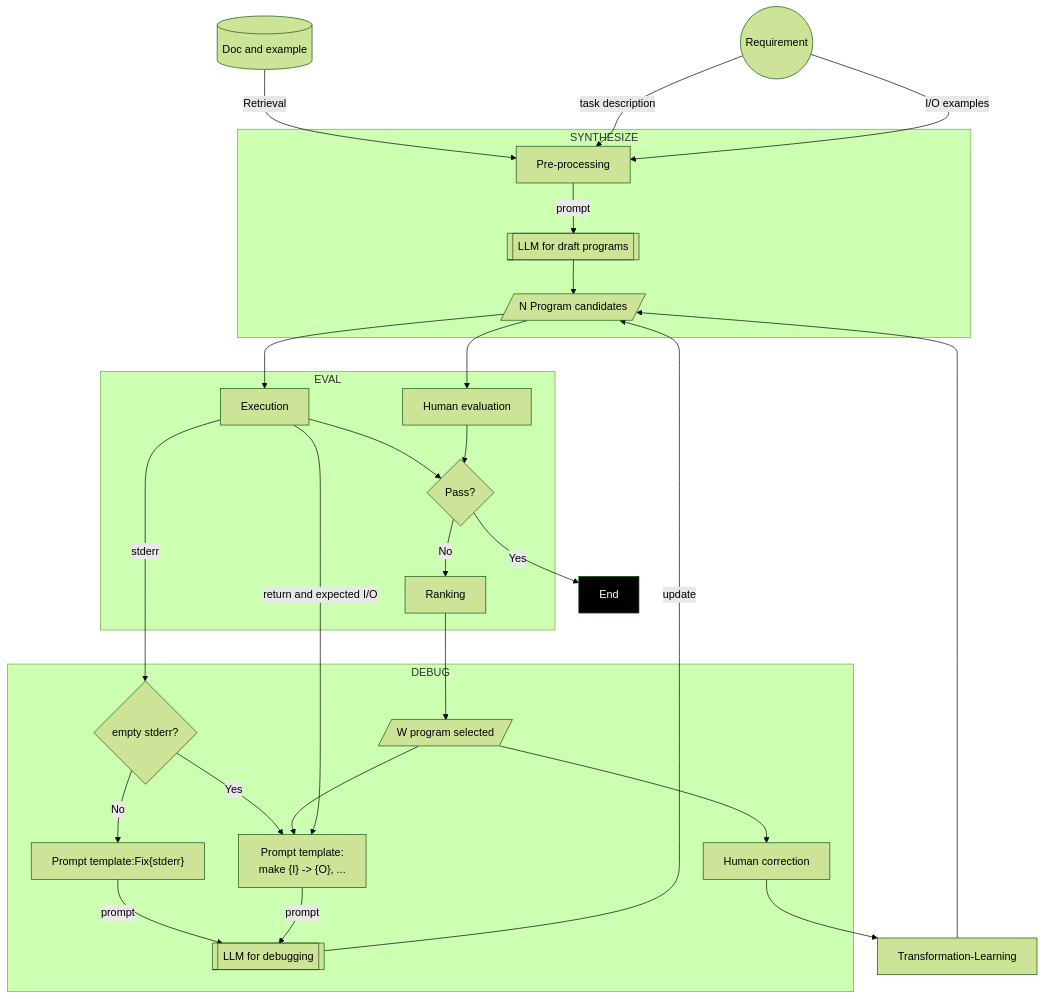
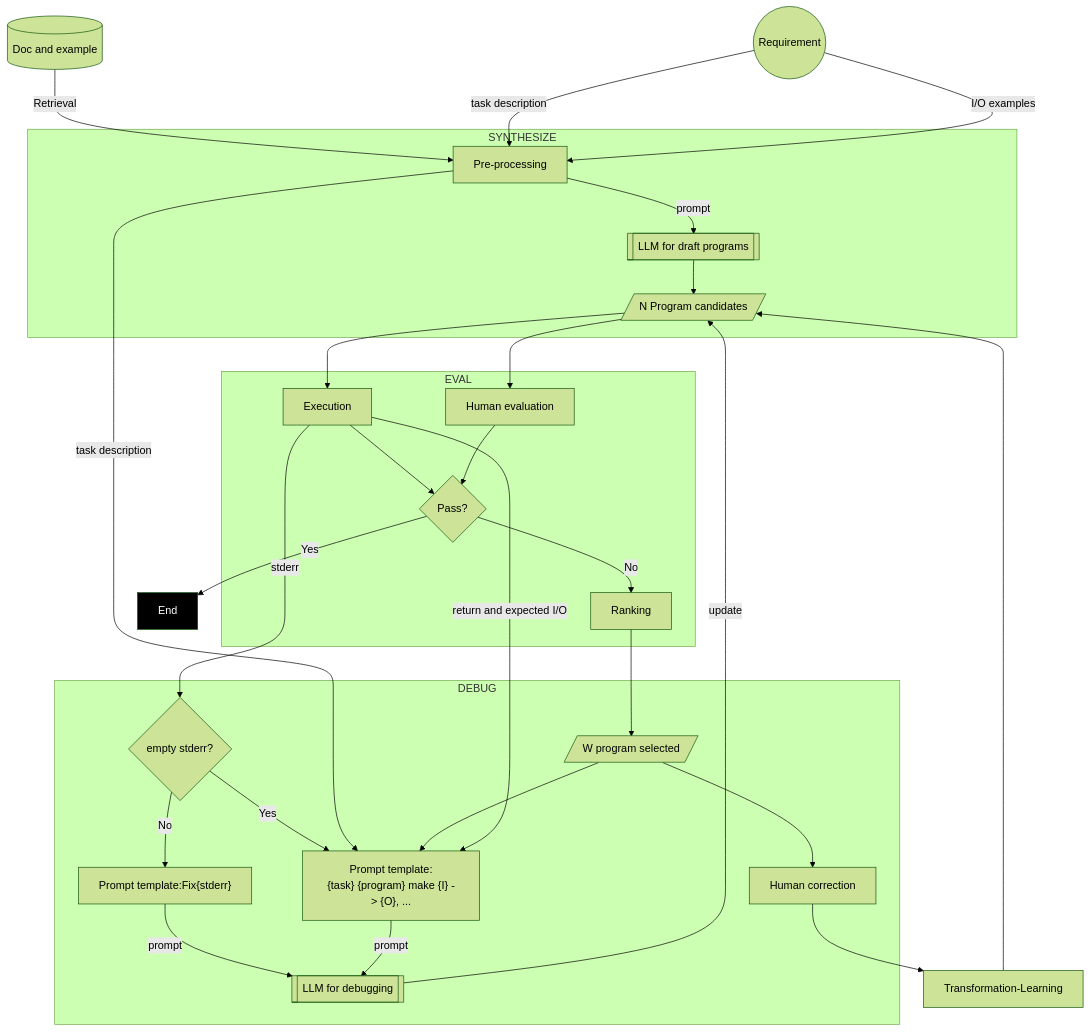
The second of 2 diagrams in Code-Generation.md (AI-LLM/ai-llm.github.io), drawn with Mermaid (forest theme) before and after one commit.

````diff
--- a/Code-Generation.md
+++ b/Code-Generation.md
@@ -59,33 +59,34 @@
 ```mermaid
 graph TD;
 classDef INV fill:black,color:white;
 doc[(Doc and example)] -- Retrieval --> Pre-processing
 S((Requirement)) -- task description --> Pre-processing
 S -- I/O examples --> Pre-processing
 subgraph SYNTHESIZE
 Pre-processing -- prompt --> LLMsynth[[LLM for draft programs]]
 LLMsynth --> PN[/N Program candidates/]
 end
 PN --> Execution
 PN --> Evaluation[Human evaluation]
 subgraph EVAL
 Execution --> Suc{Pass?} -- No -->Ranking
 Evaluation --> Suc
 end
 Suc -- Yes --> End
 class End INV;
 Ranking --> PS[/W program selected/]
 subgraph DEBUG
 Execution -- stderr --> noerr{empty stderr?}
 noerr -- No --> PT1["Prompt template:Fix{stderr}"] 
 PT1 -- prompt --> LLMdebug
-noerr -- Yes --> PT2["Prompt template:\nmake {I} -> {O}, ..."]
+noerr -- Yes --> PT2["Prompt template:\n{task} {program} make {I} -> {O}, ..."]
+Pre-processing -- task description --> PT2
 PS --> PT2
 PT2 -- prompt --> LLMdebug[[LLM for debugging]]
 PS --> Correction[Human correction]
 end
 Execution -- return and expected I/O --> PT2
 LLMdebug -- update --> PN
 Correction --> Transformation-Learning
 Transformation-Learning --> PN
 ```
````
